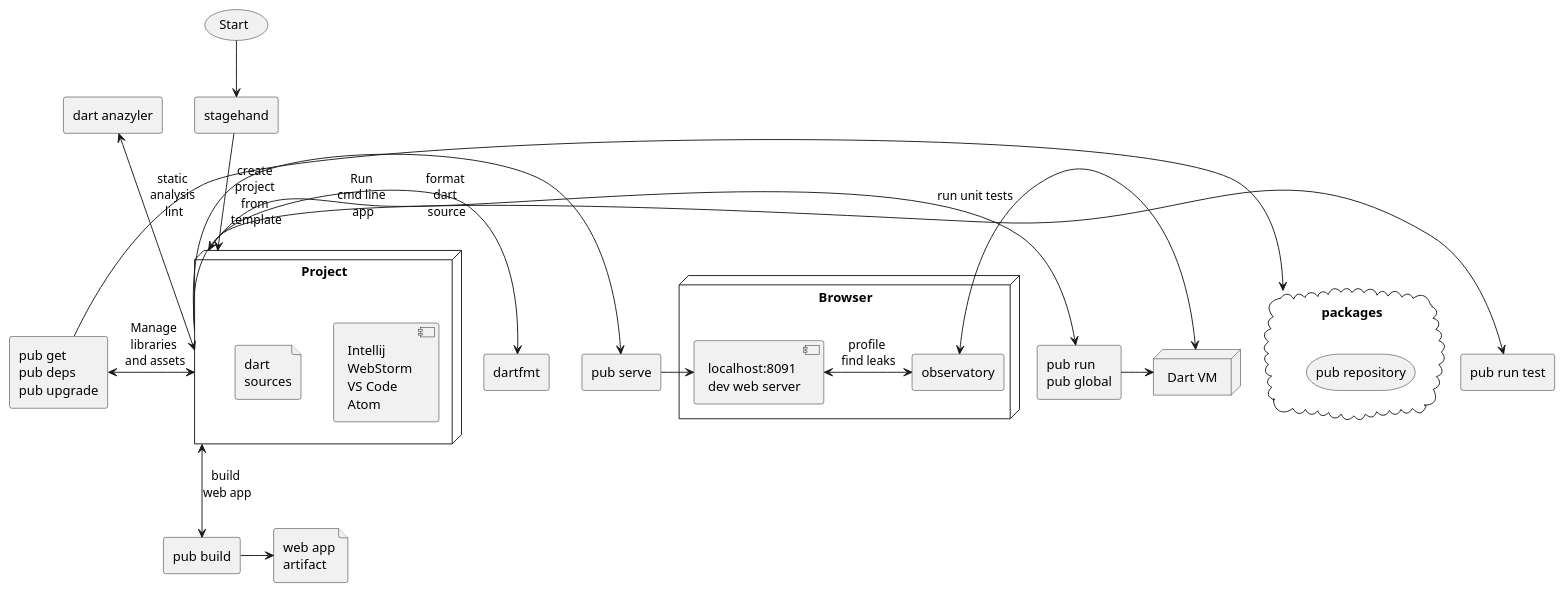
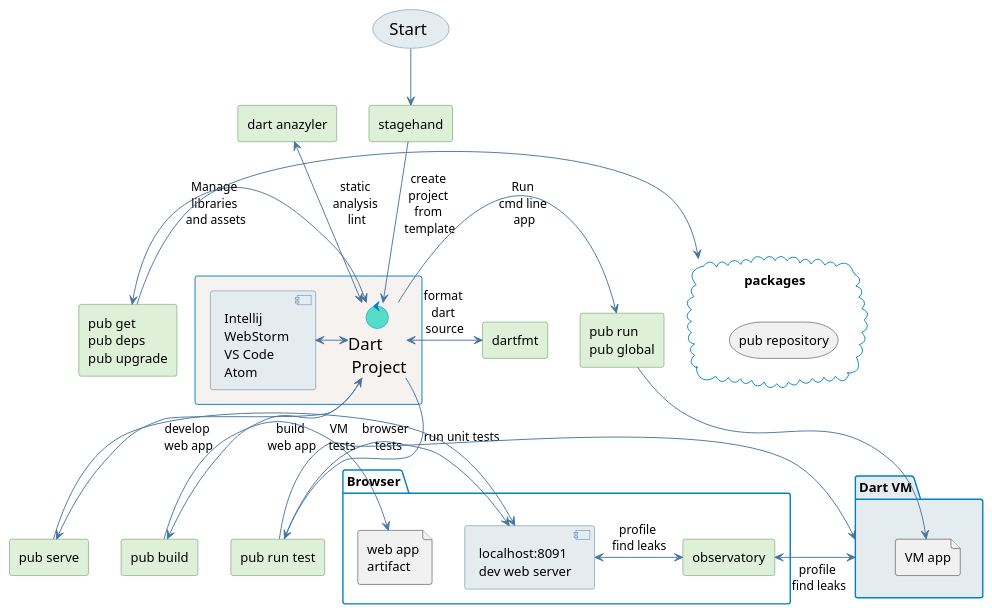
One commit to dafesimonek/dart-platform-diagrams changed the diagram in development-workflow.puml. Above: the diagram before and after it, drawn with PlantUML. The commit also changed 2 other files, not shown here.

Commit message:
diagrams improved, language features added to readme

```diff
--- a/development-workflow.puml
+++ b/development-workflow.puml
@@ -1,72 +1,91 @@
 @startuml
 
-node "Project" as devProject {
-    component [Intellij \nWebStorm \nVS Code \nAtom] [[https://www.dartlang.org/tools#ides]]
-    file "dart \nsources"
+skinparam {
+
+    shadowing false
+    arrowColor #46749F
+
+    RectangleBorderColor #CCCCCC
+    RectangleBackgroundColor #F5F2F0
+
+    ComponentBorderColor #46749F
+    ComponentBackgroundColor #E5ECF0
+
+    UsecaseBorderColor #46749F
+    UsecaseBackgroundColor #E5ECF0
+
+    ControlBorderColor #0081C6
+    ControlBackgroundColor #55DDCA
+
+    frameBorderColor #0081C6
+    packageBorderColor #0081C6
+
+    AgentBorderColor #468847
+    AgentBackgroundColor #DFF0D8
+
 }
+
+rectangle {
+
+    control "<size:18>Dart \n <size:18>Project" as devProject
+
+    component [Intellij \nWebStorm \nVS Code \nAtom] as ides [[https://www.dartlang.org/tools#ides]]
+
+    ides <-> devProject
+
+}
+
 
 cloud "packages" as pubRepo {
     storage "pub repository" [[https://pub.dartlang.org/]]
 }
 
-node Browser {
+package Browser {
     component [localhost:8091 \ndev web server] as devServer
     agent observatory [[https://dart-lang.github.io/observatory/]]
+    file "web app \nartifact" as webApp
 }
 
-node "Dart VM" as dartVM
+package "Dart VM" as dartVM #E5ECF0 {
+    file "VM app" as vmApp
+}
 
 agent "pub get \npub deps\npub upgrade" as pubDependencies [[https://www.dartlang.org/tools/pub]]
 
-usecase "Start" as newProject
+usecase "<size:18>Start" as newProject
 
 agent stagehand [[http://stagehand.pub/]]
 
 agent "dart anazyler" as dartAnazyler [[https://www.dartlang.org/tools/analyzer]]
 
 agent dartfmt [[https://pub.dartlang.org/packages/dart_style]]
 
 agent "pub serve" as pubServe [[https://webdev.dartlang.org/tools/pub/pub-serve]]
 
 agent "pub run \npub global" as pubRun [[https://www.dartlang.org/tools/pub/cmd/pub-run]]
 
 agent "pub build" as pubBuild [[https://webdev.dartlang.org/tools/pub/pub-build]]
 
 agent "pub run test" as pubTest [[https://pub.dartlang.org/packages/test]]
 
-file "web app \nartifact" as webApp
 
 newProject --> stagehand
 devProject <-up- stagehand: create \nproject \nfrom \ntemplate
 devProject <-left-> dartfmt: format \ndart \nsource
-devProject -> pubServe
+devProject -> pubServe: develop \nweb app
 pubServe -> devServer
 devProject <-up-> dartAnazyler: static \nanalysis \nlint
 devServer <-right-> observatory: profile \nfind leaks
 devProject <--> pubBuild: build \nweb app
 devProject -> pubRun: Run \ncmd line \napp
 devProject <-left-> pubDependencies: Manage \nlibraries \nand assets
 pubBuild -> webApp
 pubRepo <- pubDependencies
-pubRun -> dartVM
-observatory <-> dartVM
+pubRun -> vmApp
+observatory <-> dartVM: profile \nfind leaks
 devProject -> pubTest: run unit tests
+pubTest -> devServer: browser \n tests
+pubTest -> dartVM: VM \n tests
 
-'User -> (Start)
-'User --> (Analyze)
-'
-'Admin ---> (Analyze)
-'
-'note right of Admin : This is an example.
-'
-'note right of (Analyze)
-'A note can also
-'be on several lines
-'end note
-'
-'note "This note is connected\nto several objects." as N2
-'(Start) .. N2
-'N2 .. (Use)
-'
 
 @enduml
```
